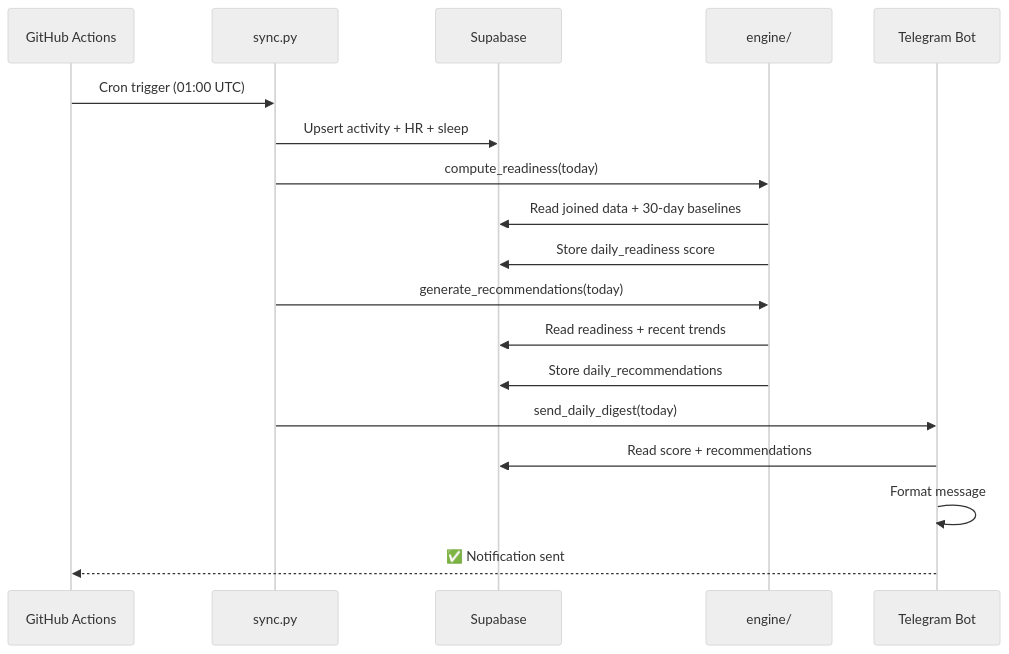
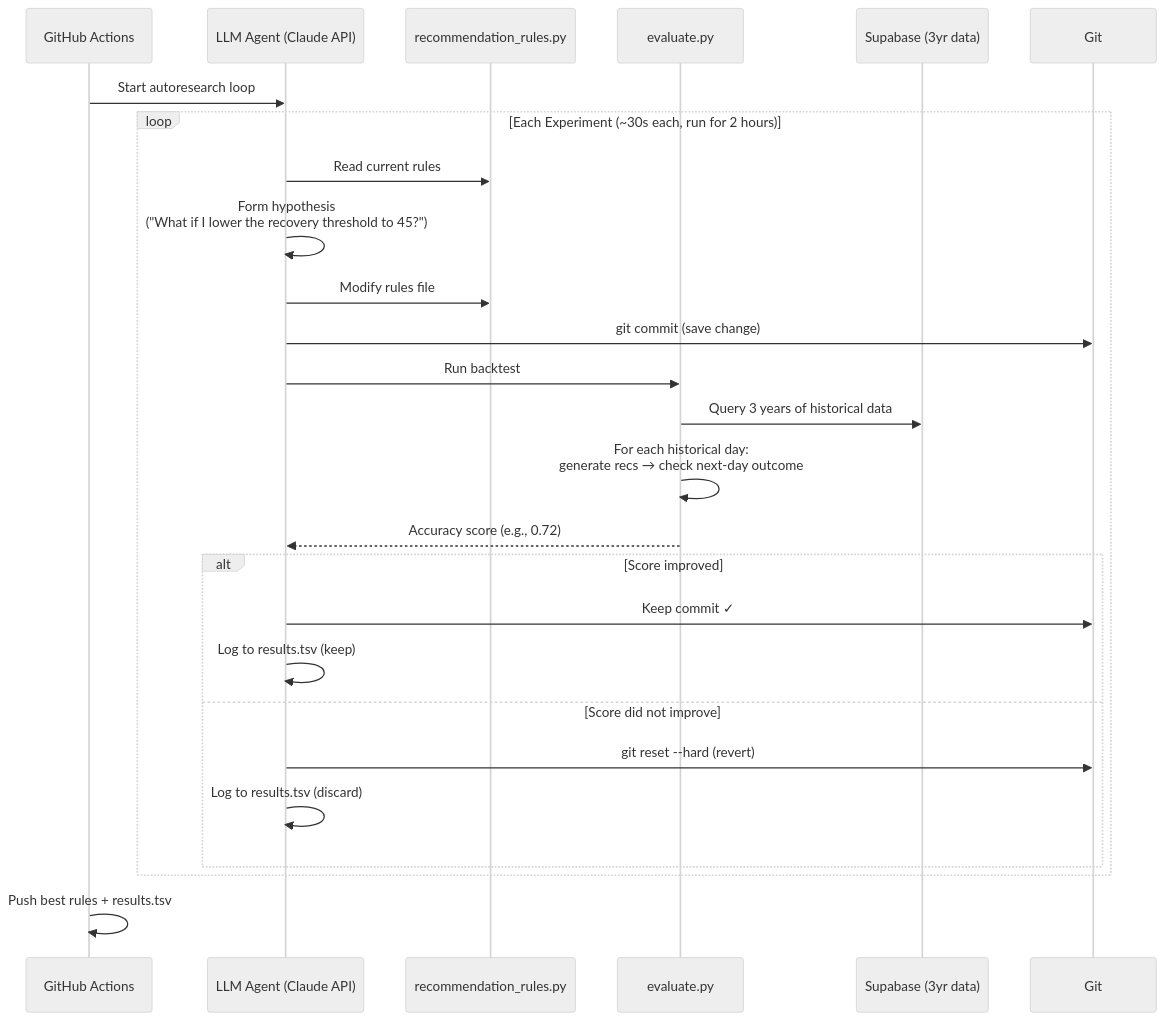
The second of 2 diagrams in docs/PRODUCT_ROADMAP.md (thejesht/fitbit_api_recommedation), drawn with Mermaid (neutral theme) before and after one commit. The commit also changed other lines of this file, not shown here.

First line of the commit message:
Update roadmap with Karpathy AutoResearch integration for fitness

````diff
--- a/docs/PRODUCT_ROADMAP.md
+++ b/docs/PRODUCT_ROADMAP.md
@@ -197,21 +80,32 @@
 ```mermaid
 sequenceDiagram
     participant GHA as GitHub Actions
-    participant Sync as sync.py
-    participant Supa as Supabase
-    participant Engine as engine/
-    participant TG as Telegram Bot
+    participant Agent as LLM Agent (Claude API)
+    participant Rules as recommendation_rules.py
+    participant Eval as evaluate.py
+    participant Supa as Supabase (3yr data)
+    participant Git as Git
 
-    GHA->>Sync: Cron trigger (01:00 UTC)
-    Sync->>Supa: Upsert activity + HR + sleep
-    Sync->>Engine: compute_readiness(today)
-    Engine->>Supa: Read joined data + 30-day baselines
-    Engine->>Supa: Store daily_readiness score
-    Sync->>Engine: generate_recommendations(today)
-    Engine->>Supa: Read readiness + recent trends
-    Engine->>Supa: Store daily_recommendations
-    Sync->>TG: send_daily_digest(today)
-    TG->>Supa: Read score + recommendations
-    TG->>TG: Format message
-    TG-->>GHA: ✅ Notification sent
+    GHA->>Agent: Start autoresearch loop
+
+    loop Each Experiment (~30s each, run for 2 hours)
+        Agent->>Rules: Read current rules
+        Agent->>Agent: Form hypothesis<br/>("What if I lower the recovery threshold to 45?")
+        Agent->>Rules: Modify rules file
+        Agent->>Git: git commit (save change)
+        Agent->>Eval: Run backtest
+        Eval->>Supa: Query 3 years of historical data
+        Eval->>Eval: For each historical day:<br/>generate recs → check next-day outcome
+        Eval-->>Agent: Accuracy score (e.g., 0.72)
+
+        alt Score improved
+            Agent->>Git: Keep commit ✓
+            Agent->>Agent: Log to results.tsv (keep)
+        else Score did not improve
+            Agent->>Git: git reset --hard (revert)
+            Agent->>Agent: Log to results.tsv (discard)
+        end
+    end
+
+    GHA->>GHA: Push best rules + results.tsv
 ```
````
